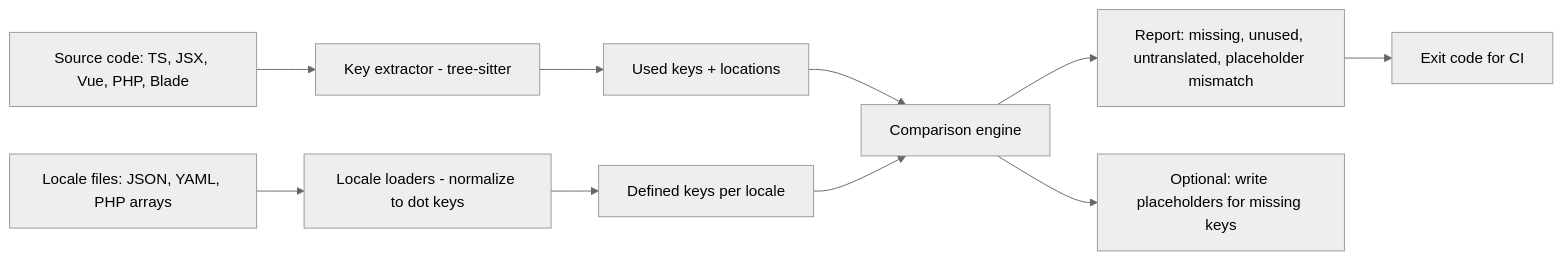
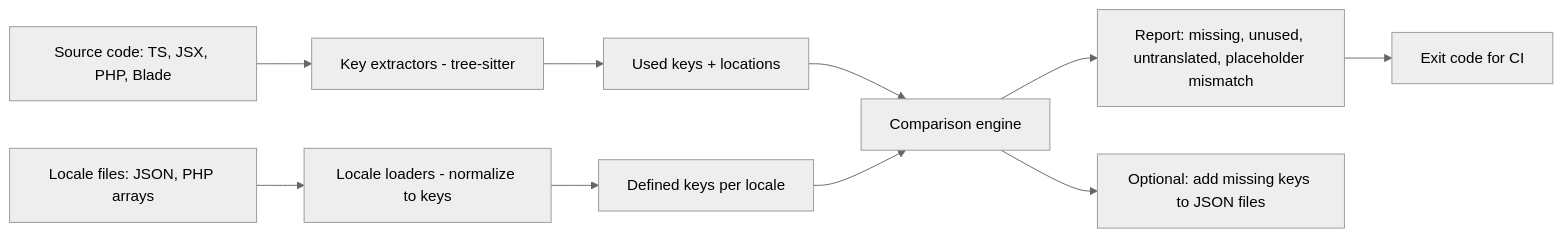
Before and after one commit to yagnang-vyas/i18n-drift: the first of 3 diagrams in README.md, drawn with Mermaid (neutral theme). The commit also changed other lines of this file and 8 other files, not shown here.

````diff
--- a/README.md
+++ b/README.md
@@ -64,12 +67,12 @@
 ```mermaid
 flowchart LR
-    A["Source code: TS, JSX, Vue, PHP, Blade"] --> B["Key extractor - tree-sitter"]
-    C["Locale files: JSON, YAML, PHP arrays"] --> D["Locale loaders - normalize to dot keys"]
+    A["Source code: TS, JSX, PHP, Blade"] --> B["Key extractors - tree-sitter"]
+    C["Locale files: JSON, PHP arrays"] --> D["Locale loaders - normalize to keys"]
     B --> E["Used keys + locations"]
     D --> F["Defined keys per locale"]
     E --> G["Comparison engine"]
     F --> G
     G --> H["Report: missing, unused, untranslated, placeholder mismatch"]
     H --> I["Exit code for CI"]
-    G --> J["Optional: write placeholders for missing keys"]
+    G --> J["Optional: add missing keys to JSON files"]
 ```
````
